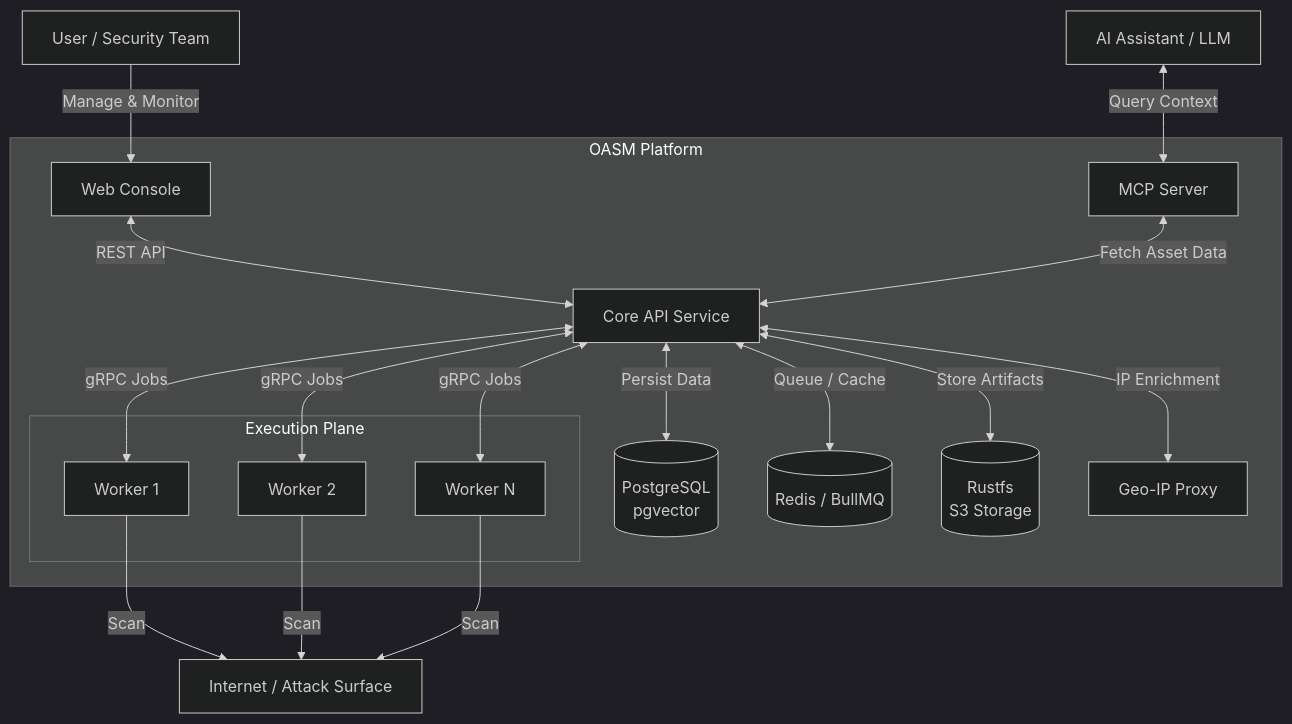
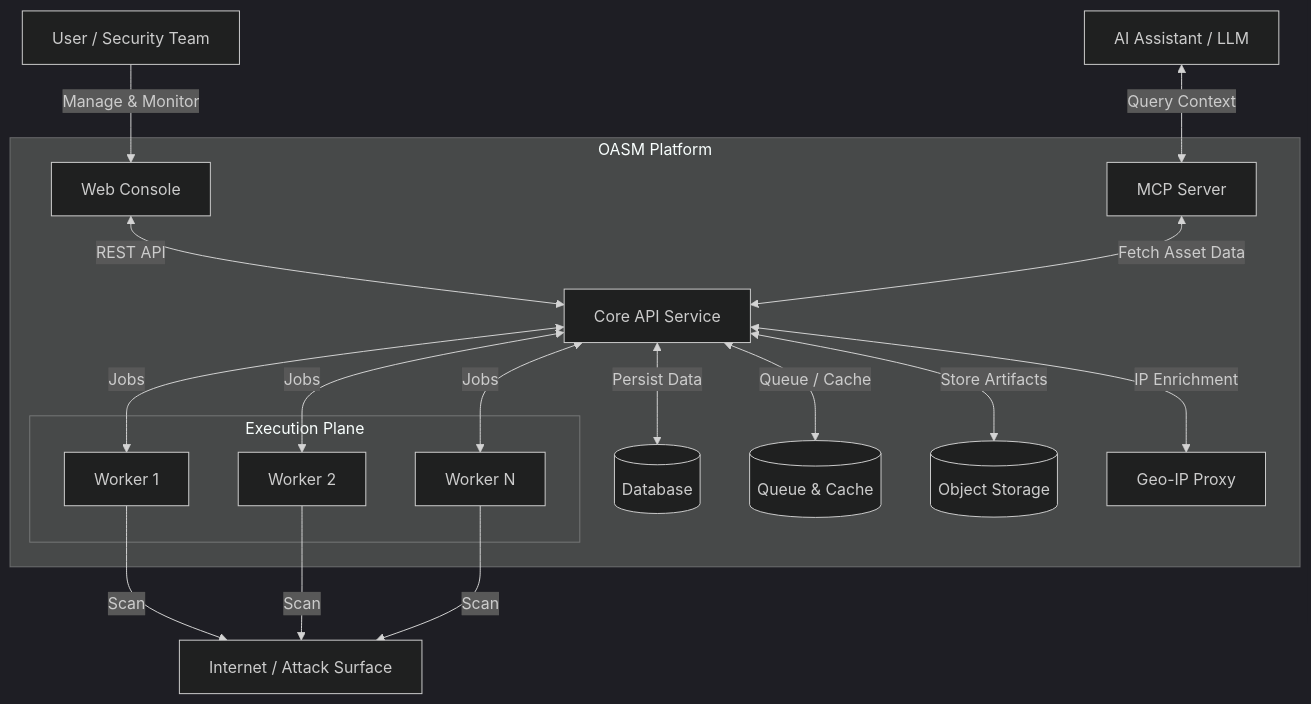
Before and after one commit to oasm-platform/open-asm: the first of 2 diagrams in README.md, drawn with Mermaid (dark theme). The commit also changed other lines of this file, not shown here.

First line of the commit message:
docs(readme): add connector architecture section and drop tech stack notes from README

````diff
--- a/README.md
+++ b/README.md
@@ -58,47 +59,47 @@
 ```mermaid
 graph TD
     %% Actors & External
     User[User / Security Team]
     AI[AI Assistant / LLM]
     Internet[Internet / Attack Surface]
 
     %% Core Components
     subgraph "OASM Platform"
-        Console[Web Console<br/>]
-        API[Core API Service<br/>]
-        DB[(PostgreSQL<br/>pgvector)]
-        Redis[(Redis / BullMQ)]
+        Console[Web Console]
+        API[Core API Service]
+        DB[(Database)]
+        Queue[(Queue & Cache)]
         MCP[MCP Server]
-        Rustfs[(Rustfs<br/>S3 Storage)]
+        Storage[(Object Storage)]
         GeoIP[Geo-IP Proxy]
 
         subgraph "Execution Plane"
             W1[Worker 1]
             W2[Worker 2]
             WN[Worker N]
         end
     end
 
     %% Relationships
     User -->|Manage & Monitor| Console
     Console <-->|REST API| API
 
     API <-->|Persist Data| DB
-    API <-->|Queue / Cache| Redis
-    API <-->|Store Artifacts| Rustfs
+    API <-->|Queue / Cache| Queue
+    API <-->|Store Artifacts| Storage
     API <-->|IP Enrichment| GeoIP
 
-    %% Job Flow (gRPC)
-    API <-->|gRPC Jobs| W1
-    API <-->|gRPC Jobs| W2
-    API <-->|gRPC Jobs| WN
+    %% Job Flow
+    API <-->|Jobs| W1
+    API <-->|Jobs| W2
+    API <-->|Jobs| WN
 
     %% Scan
     W1 -->|Scan| Internet
     W2 -->|Scan| Internet
     WN -->|Scan| Internet
 
     %% AI Flow
     AI <-->|Query Context| MCP
     MCP <-->|Fetch Asset Data| API
 ```
````
